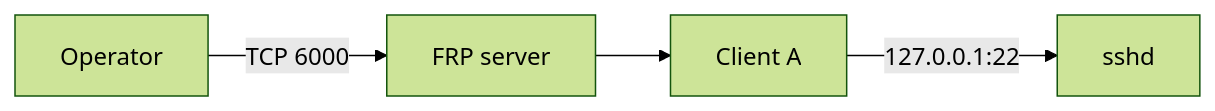
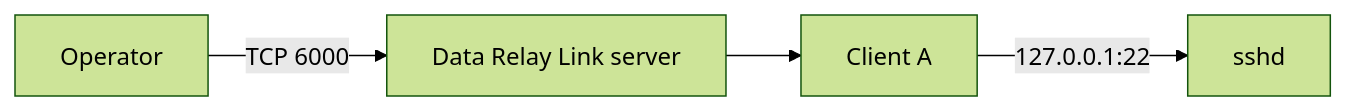
Before and after one commit to datarelay-labs/data-relay-link-docs: the second of 6 diagrams in guides/services.mdx, drawn with Mermaid (forest theme). The commit also changed other lines of this file and 36 other files, not shown here.

````diff
--- a/guides/services.mdx
+++ b/guides/services.mdx
@@ -37,6 +37,6 @@
 ```mermaid
 flowchart LR
-    U[Operator] -->|TCP 6000| S[FRP server]
+    U[Operator] -->|TCP 6000| S[Data Relay Link server]
     S --> C[Client A]
     C -->|127.0.0.1:22| SSH[sshd]
 ```
````
